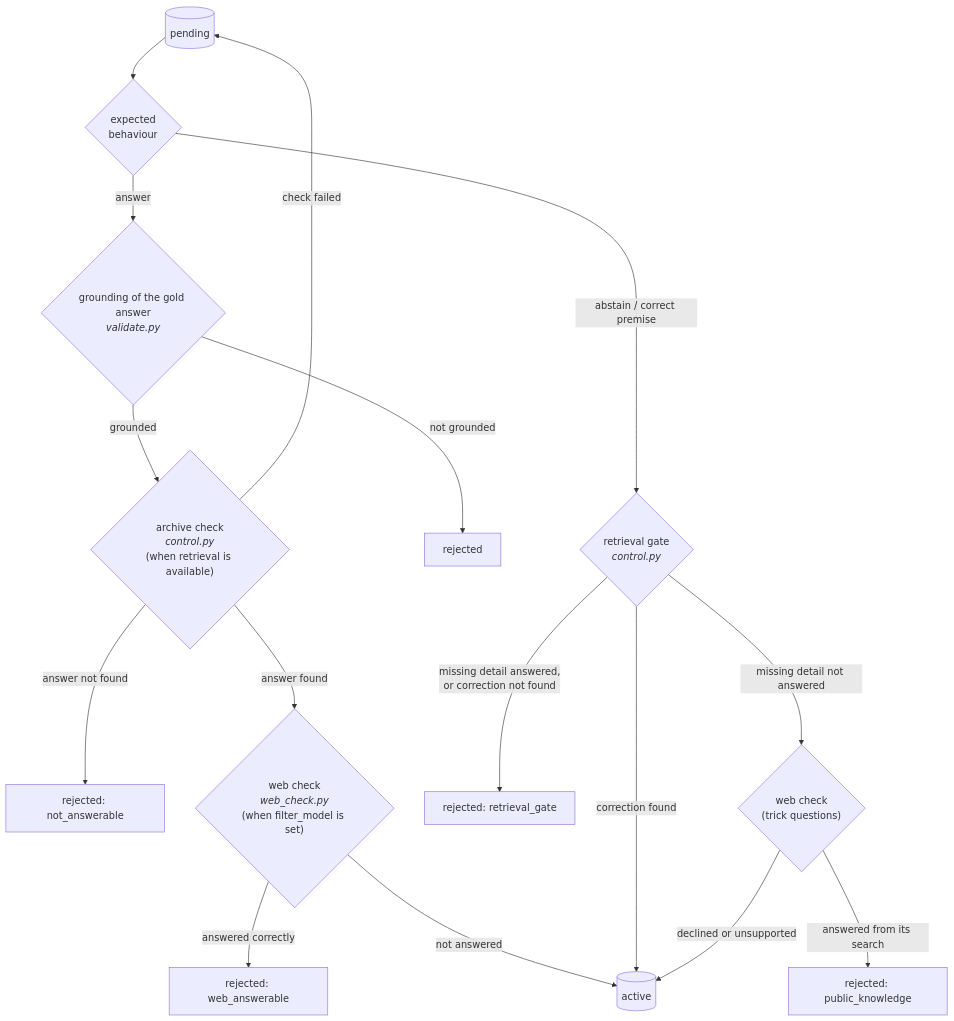
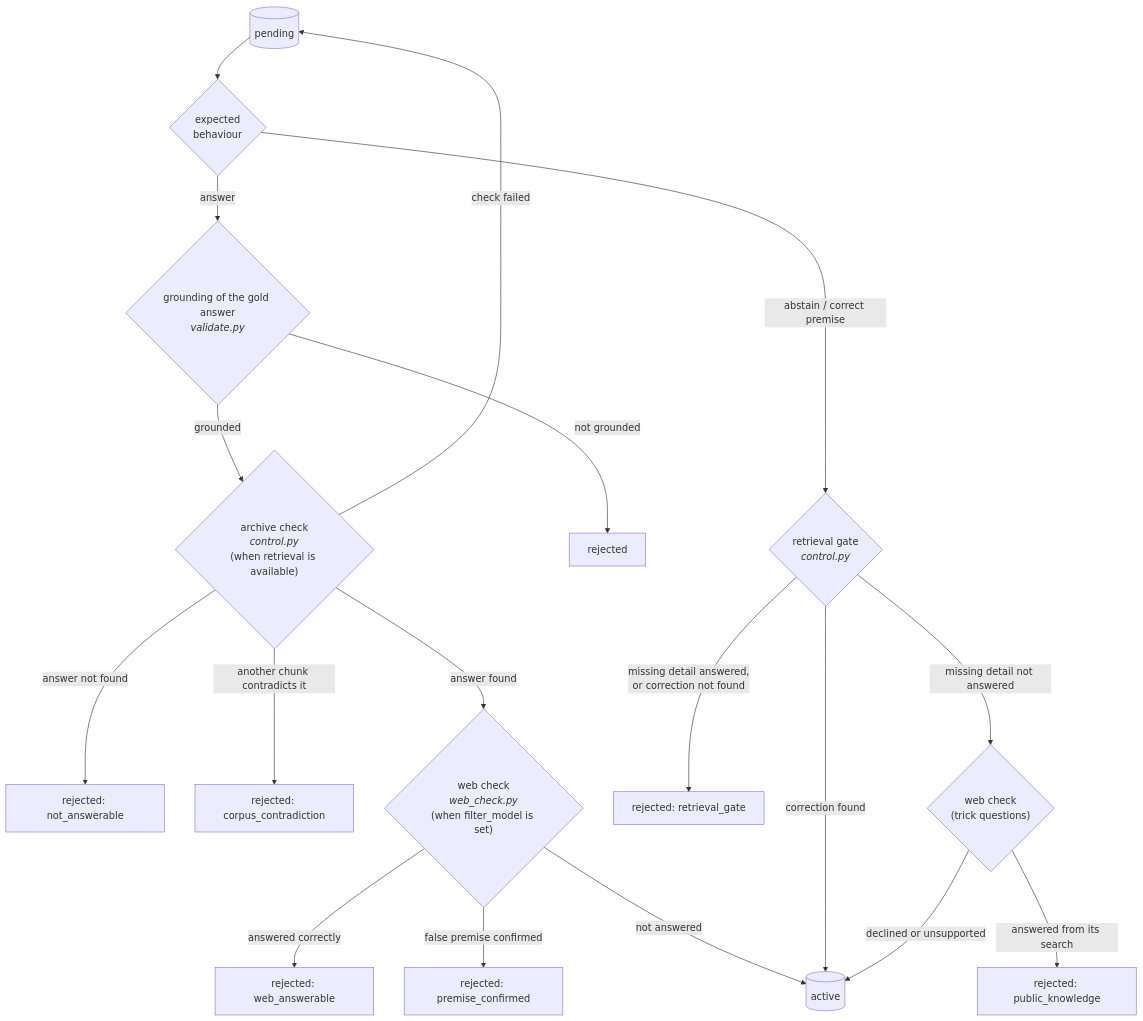
One commit to OpenMined/syft-space changed the second of 2 diagrams in packages/benchmark/docs/02-generation.md. Above: the diagram before and after it, drawn with Mermaid. The commit also changed other lines of this file and 45 other files, not shown here.

Commit message:
feat(benchmark): stage 4 run fixes — content-policy errors, narrower refusal rule with re-grade command, multi-letter mcq, article header in checks and arm C, publisher mirrors, corpus contradictions, confirmed false premises, reasoning token ceiling, search counts

````diff
--- a/packages/benchmark/docs/02-generation.md
+++ b/packages/benchmark/docs/02-generation.md
@@ -352,18 +357,20 @@
 ```mermaid
 flowchart TB
     PEND[("pending")] --> CTRL{"expected<br/>behaviour"}
     CTRL -- "answer" --> R2{"grounding of the gold answer<br/><i>validate.py</i>"}
     CTRL -- "abstain / correct premise" --> R3{"retrieval gate<br/><i>control.py</i>"}
     R2 -- "not grounded" --> REJ2["rejected"]
     R2 -- "grounded" --> AR{"archive check<br/><i>control.py</i><br/>(when retrieval is available)"}
     AR -- "answer not found" --> REJA["rejected: not_answerable"]
+    AR -- "another chunk contradicts it" --> REJC["rejected: corpus_contradiction"]
     AR -- "check failed" --> PEND
     AR -- "answer found" --> W{"web check<br/><i>web_check.py</i><br/>(when filter_model is set)"}
     W -- "answered correctly" --> REJW["rejected: web_answerable"]
+    W -- "false premise confirmed" --> REJF["rejected: premise_confirmed"]
     W -- "not answered" --> ACT[("active")]
     R3 -- "missing detail answered,<br/>or correction not found" --> REJ3["rejected: retrieval_gate"]
     R3 -- "correction found" --> ACT
     R3 -- "missing detail not answered" --> WT{"web check<br/>(trick questions)"}
     WT -- "answered from its search" --> REJP["rejected: public_knowledge"]
     WT -- "declined or unsupported" --> ACT
 ```
````
